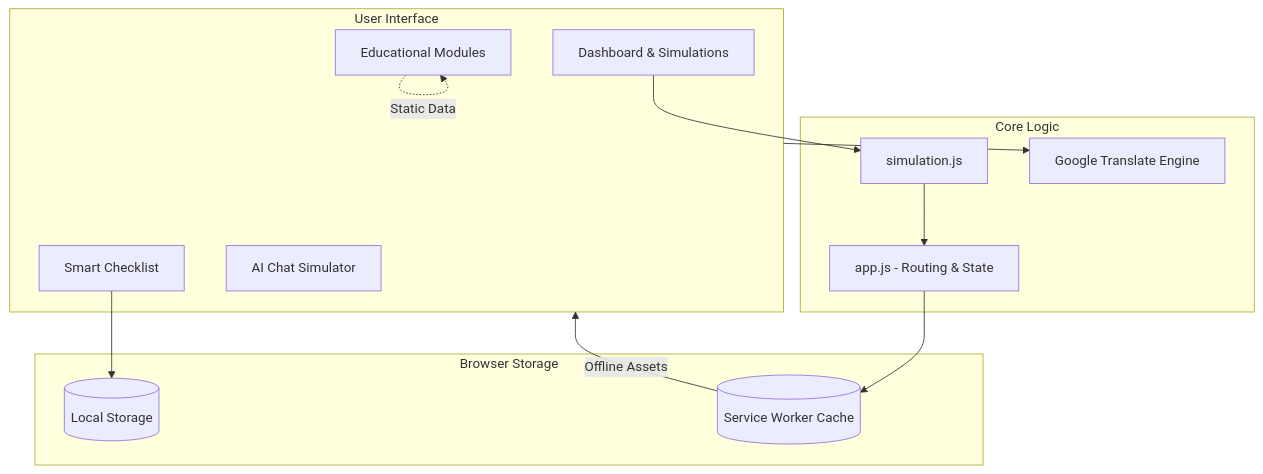
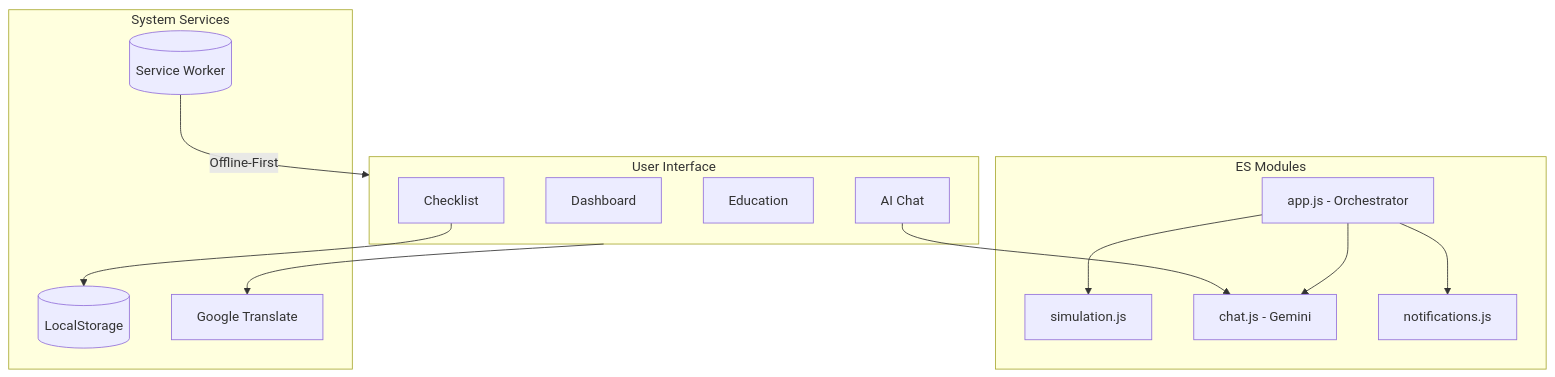
One commit to ankitpanwar15/ElectSmart changed the diagram in README.md. Above: the diagram before and after it, drawn with Mermaid. The commit also changed other lines of this file and 16 other files, not shown here.

````diff
--- a/README.md
+++ b/README.md
@@ -63,31 +60,31 @@
 ```mermaid
 graph TD
     subgraph UI[User Interface]
-        DB[Dashboard & Simulations]
-        CL[Smart Checklist]
-        ED[Educational Modules]
-        CH[AI Chat Simulator]
+        DB[Dashboard]
+        CL[Checklist]
+        ED[Education]
+        CH[AI Chat]
     end
 
-    subgraph Logic[Core Logic]
-        app[app.js - Routing & State]
-        sim[simulation.js]
-        i18n[Google Translate Engine]
+    subgraph Modules[ES Modules]
+        app[app.js - Orchestrator]
+        js_sim[simulation.js]
+        js_chat[chat.js - Gemini]
+        js_notif[notifications.js]
     end
 
-    subgraph Storage[Browser Storage]
-        LS[(Local Storage)]
-        Cache[(Service Worker Cache)]
+    subgraph Storage[System Services]
+        LS[(LocalStorage)]
+        SW[(Service Worker)]
+        GT[Google Translate]
     end
 
-    %% Flow
-    DB --> sim
-    sim --> app
+    %% Connections
+    app --> js_sim
+    app --> js_chat
+    app --> js_notif
+    CH --> js_chat
     CL --> LS
-    ED -. Static Data .-> ED
-    app --> Cache
-
-    %% PWA and Translation
-    UI --> i18n
-    Cache -- Offline Assets --> UI
+    UI --> GT
+    SW -- Offline-First --> UI
 ```
````
